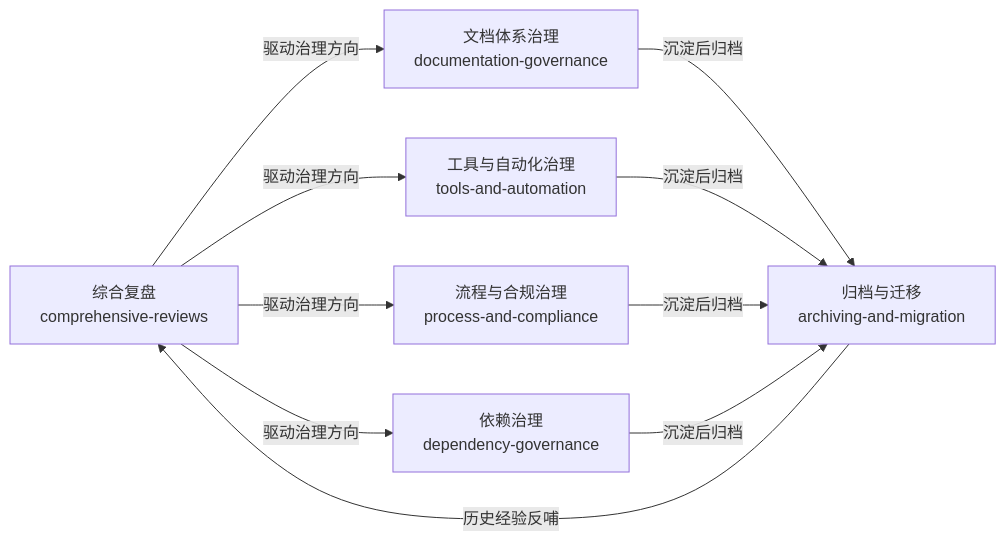
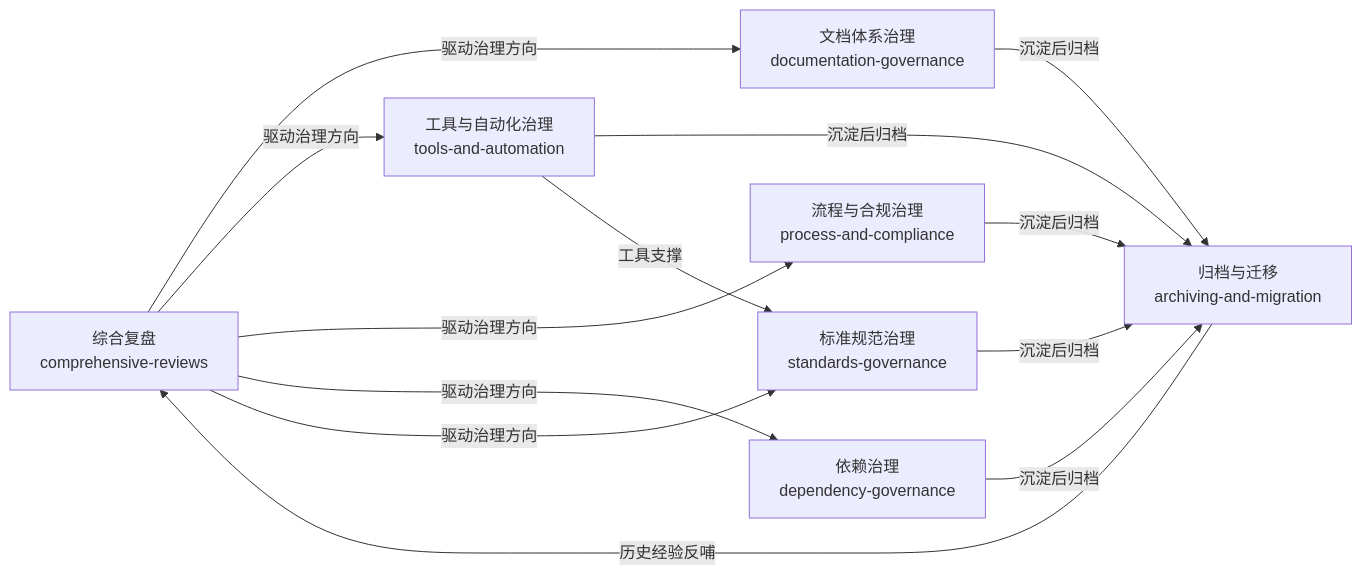
Before and after one commit to xinetzone/SpecWeave: the diagram in .agents/docs/retrospective/reports/project-governance/README.md, drawn with Mermaid. The commit also changed other lines of this file and 5 other files, not shown here.

````diff
--- a/.agents/docs/retrospective/reports/project-governance/README.md
+++ b/.agents/docs/retrospective/reports/project-governance/README.md
@@ -25,12 +26,15 @@
 ```mermaid
 flowchart LR
     CR["综合复盘<br/>comprehensive-reviews"] -->|"驱动治理方向"| DG["文档体系治理<br/>documentation-governance"]
     CR -->|"驱动治理方向"| TA["工具与自动化治理<br/>tools-and-automation"]
     CR -->|"驱动治理方向"| PC["流程与合规治理<br/>process-and-compliance"]
     CR -->|"驱动治理方向"| DEPG["依赖治理<br/>dependency-governance"]
+    CR -->|"驱动治理方向"| SG["标准规范治理<br/>standards-governance"]
     DG -->|"沉淀后归档"| AM["归档与迁移<br/>archiving-and-migration"]
     TA -->|"沉淀后归档"| AM
     PC -->|"沉淀后归档"| AM
     DEPG -->|"沉淀后归档"| AM
+    SG -->|"沉淀后归档"| AM
+    TA -->|"工具支撑"| SG
     AM -->|"历史经验反哺"| CR
 ```
````
